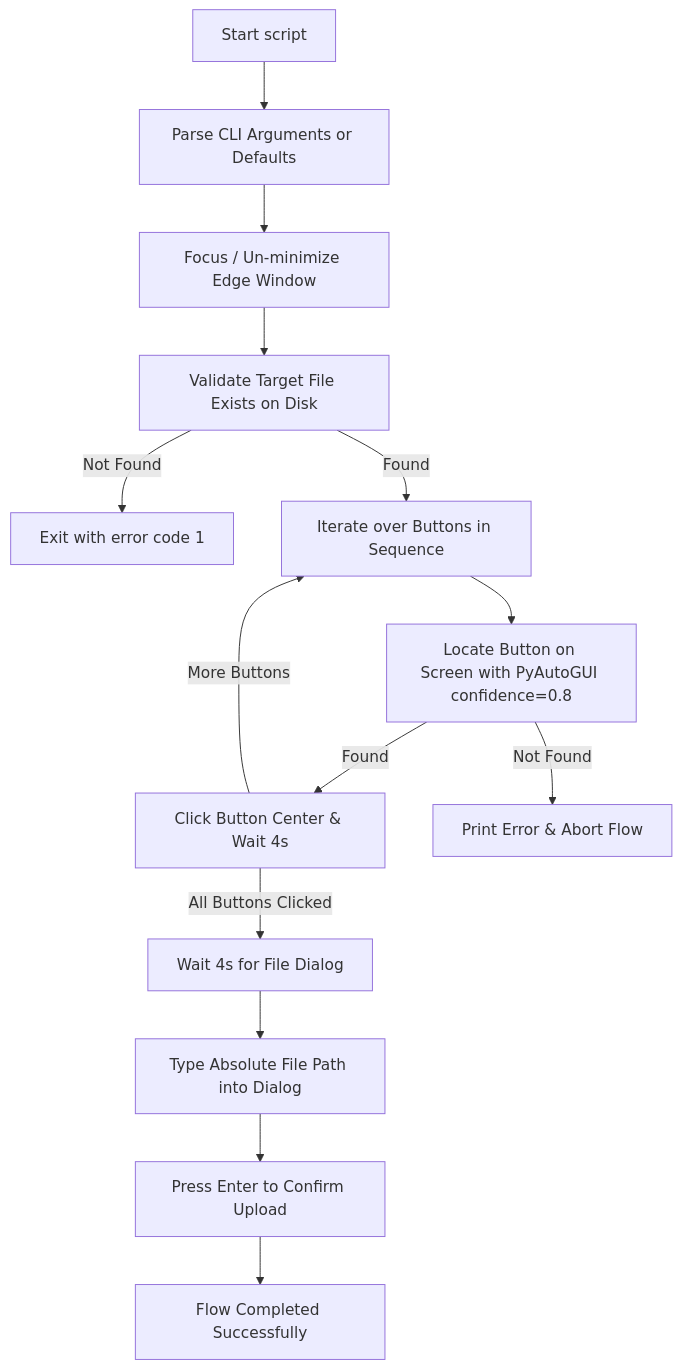
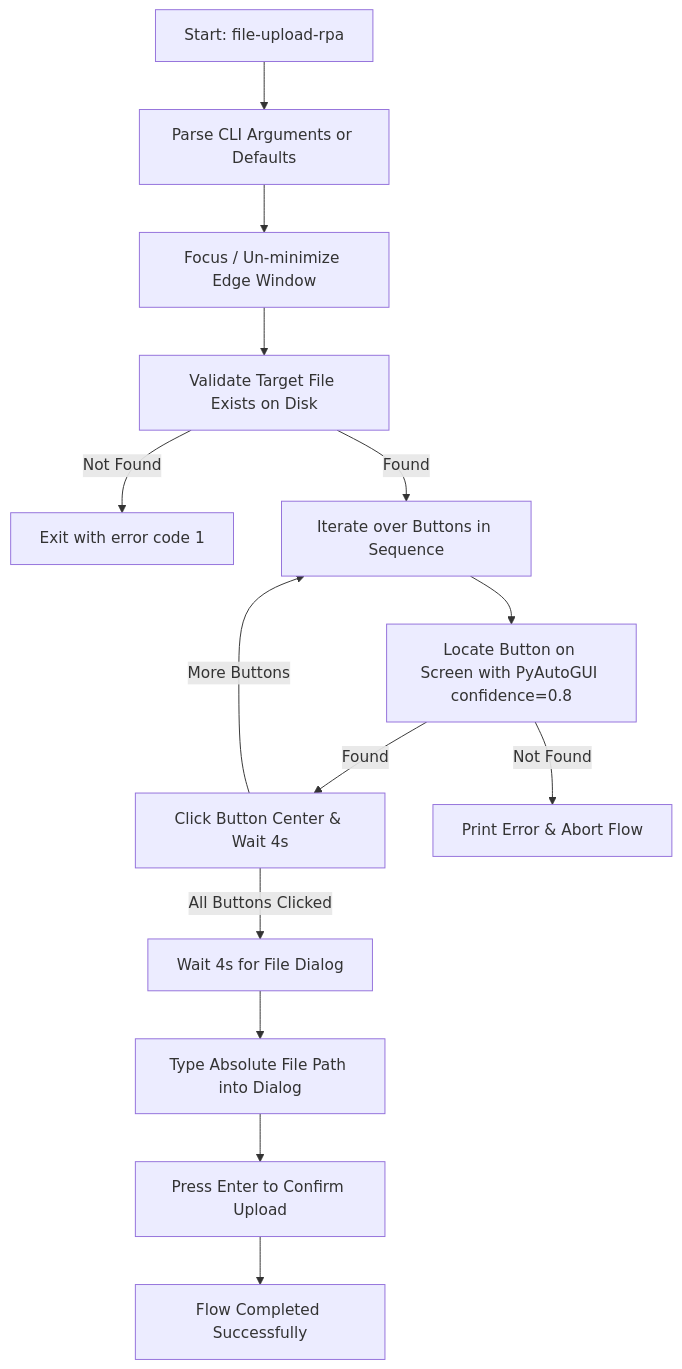
Before and after one commit to ishandutta2007/File-Upload-RPA: the diagram in README.md, drawn with Mermaid. The commit also changed other lines of this file and 13 other files, not shown here.

````diff
--- a/README.md
+++ b/README.md
@@ -228,16 +270,16 @@
 ```mermaid
 flowchart TD
-    A[Start script] --> B[Parse CLI Arguments or Defaults]
+    A[Start: file-upload-rpa] --> B[Parse CLI Arguments or Defaults]
     B --> C[Focus / Un-minimize Edge Window]
     C --> D[Validate Target File Exists on Disk]
     D -->|Not Found| E[Exit with error code 1]
     D -->|Found| F[Iterate over Buttons in Sequence]
     F --> G[Locate Button on Screen with PyAutoGUI confidence=0.8]
     G -->|Found| H[Click Button Center & Wait 4s]
     G -->|Not Found| I[Print Error & Abort Flow]
     H -->|More Buttons| F
     H -->|All Buttons Clicked| J[Wait 4s for File Dialog]
     J --> K[Type Absolute File Path into Dialog]
     K --> L[Press Enter to Confirm Upload]
     L --> M[Flow Completed Successfully]
 ```
````
